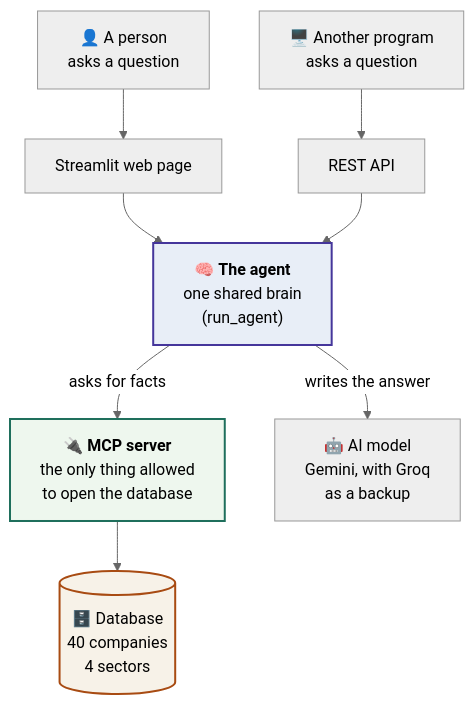
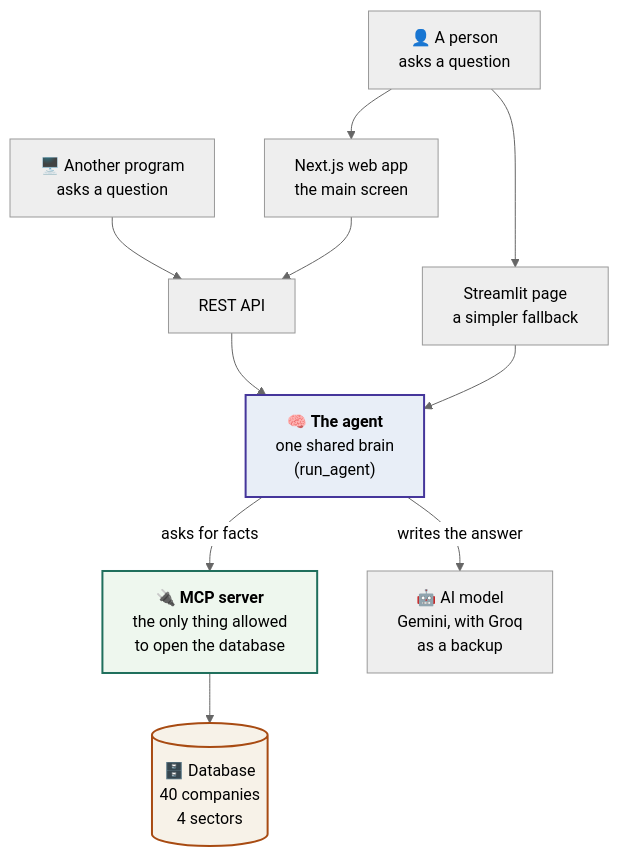
The first of 2 diagrams in README.md (Mighty2Skiddie/Automatisor), drawn with Mermaid (neutral theme) before and after one commit. The commit also changed other lines of this file and 16 other files, not shown here.

````diff
--- a/README.md
+++ b/README.md
@@ -31,20 +37,22 @@
 ```mermaid
 flowchart TB
-    Person["👤 A person<br/>asks a question"] --> UI["Streamlit web page"]
+    Person["👤 A person<br/>asks a question"] --> Web["Next.js web app<br/>the main screen"]
+    Person --> UI["Streamlit page<br/>a simpler fallback"]
     System["🖥️ Another program<br/>asks a question"] --> API["REST API"]
 
+    Web --> API
+    API --> Agent
     UI --> Agent
-    API --> Agent
 
     Agent["🧠 <b>The agent</b><br/>one shared brain<br/>(run_agent)"]
 
     Agent -->|"asks for facts"| MCP
     MCP["🔌 <b>MCP server</b><br/>the only thing allowed<br/>to open the database"]
     MCP --> DB[("🗄️ Database<br/>40 companies<br/>4 sectors")]
 
     Agent -->|"writes the answer"| LLM["🤖 AI model<br/>Gemini, with Groq<br/>as a backup"]
 
     style Agent fill:#e8eef7,stroke:#45369b,stroke-width:2px
     style MCP fill:#eef7ee,stroke:#1f6f5c,stroke-width:2px
     style DB fill:#f7f2e8,stroke:#a84b12,stroke-width:2px
 ```
````
